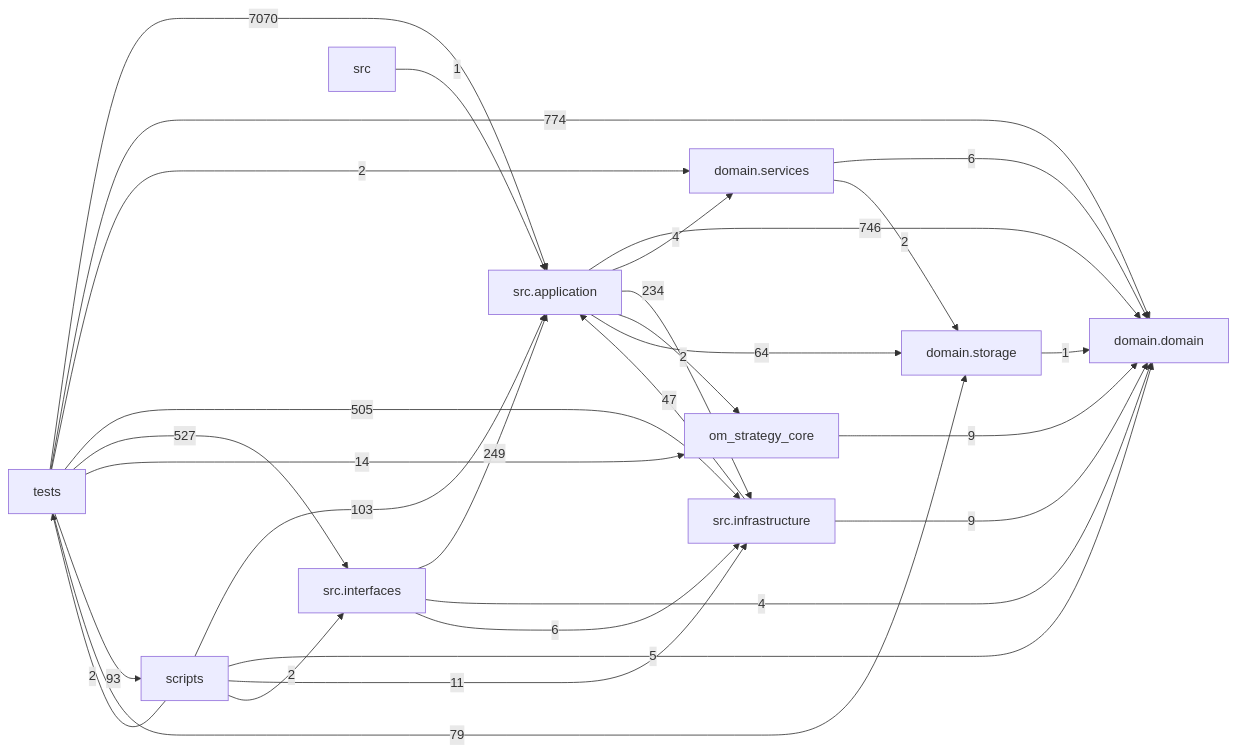
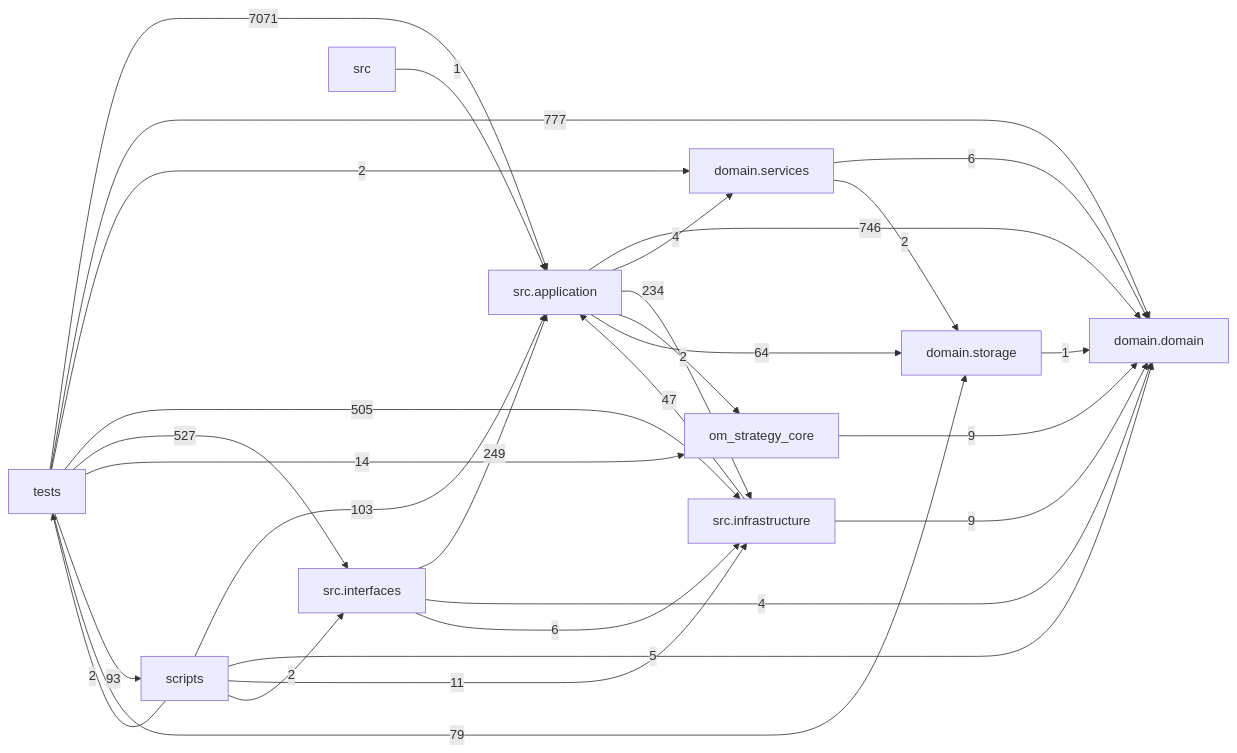
Before and after one commit to liuxie066/options-monitor: the diagram in docs/DEPENDENCY_GRAPH.md, drawn with Mermaid. The commit also changed other lines of this file and 2 other files, not shown here.

````diff
--- a/docs/DEPENDENCY_GRAPH.md
+++ b/docs/DEPENDENCY_GRAPH.md
@@ -24,39 +24,39 @@
 ```mermaid
 flowchart LR
   tests["tests"]
   scripts["scripts"]
   interfaces["src.interfaces"]
   application["src.application"]
   infrastructure["src.infrastructure"]
   domain_services["domain.services"]
   domain["domain.domain"]
   storage["domain.storage"]
   application -->|746| domain
   application -->|4| domain_services
   application -->|234| infrastructure
   application -->|2| om_strategy_core
   application -->|64| storage
   domain_services -->|6| domain
   domain_services -->|2| storage
   infrastructure -->|47| application
   infrastructure -->|9| domain
   interfaces -->|249| application
   interfaces -->|4| domain
   interfaces -->|6| infrastructure
   om_strategy_core -->|9| domain
   scripts -->|103| application
   scripts -->|5| domain
   scripts -->|11| infrastructure
   scripts -->|2| interfaces
   scripts -->|2| tests
   src -->|1| application
   storage -->|1| domain
-  tests -->|7070| application
-  tests -->|774| domain
+  tests -->|7071| application
+  tests -->|777| domain
   tests -->|2| domain_services
   tests -->|505| infrastructure
   tests -->|527| interfaces
   tests -->|14| om_strategy_core
   tests -->|93| scripts
   tests -->|79| storage
 ```
````
